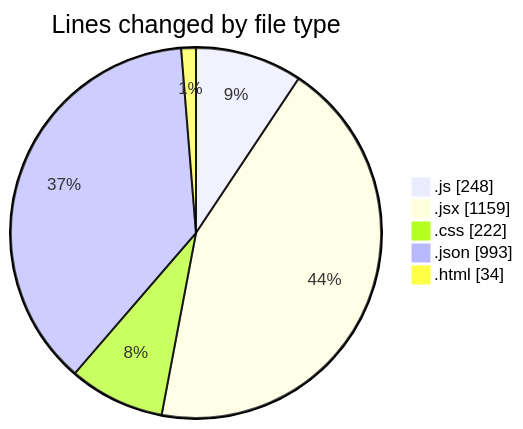
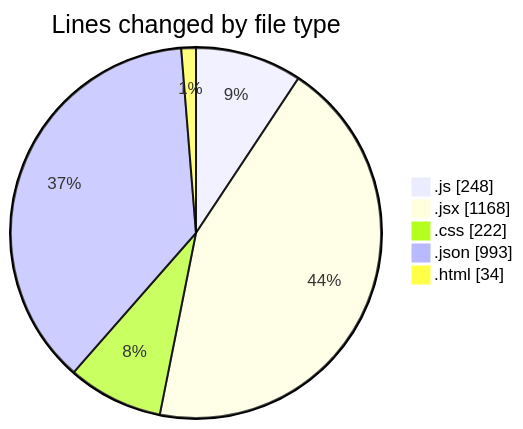
The first of 2 diagrams in 2025-07-01/urlwebwalatask/README.md (Ritupan-Deka/code-tracking), drawn with Mermaid before and after one commit. The commit also changed other lines of this file and 1 other file, not shown here.

````diff
--- a/2025-07-01/urlwebwalatask/README.md
+++ b/2025-07-01/urlwebwalatask/README.md
@@ -31,9 +31,9 @@
 ```mermaid
 pie showData
 title Lines changed by file type
 ".js" : 248
-".jsx" : 1159
+".jsx" : 1168
 ".css" : 222
 ".json" : 993
 ".html" : 34
 ```
````
